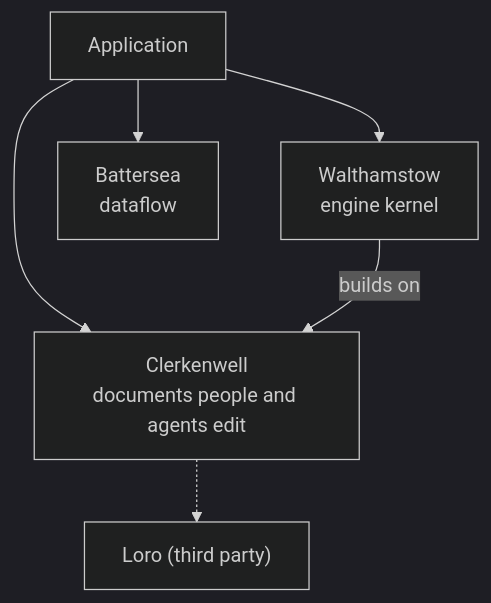
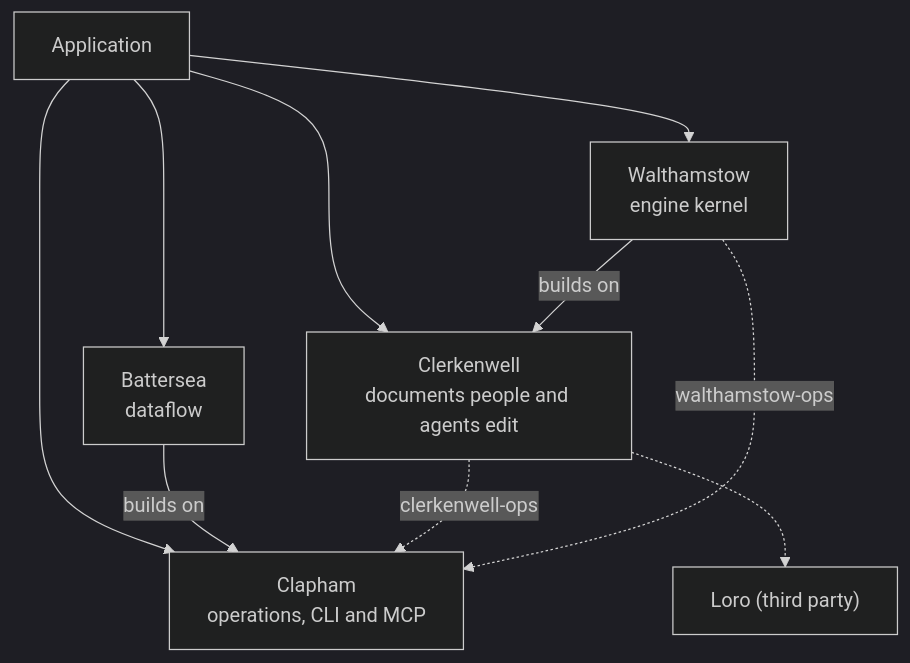
One commit to thirtytwobits/london changed the diagram in docs/overview.md. Above: the diagram before and after it, drawn with Mermaid (dark theme). The commit also changed other lines of this file and 4 other files, not shown here.

````diff
--- a/docs/overview.md
+++ b/docs/overview.md
@@ -18,8 +18,12 @@
 ```mermaid
 flowchart TD
     app["Application"] --> walthamstow["Walthamstow<br/>engine kernel"]
     app --> clerkenwell["Clerkenwell<br/>documents people and agents edit"]
     app --> battersea["Battersea<br/>dataflow"]
+    app --> clapham["Clapham<br/>operations, CLI and MCP"]
     walthamstow -- builds on --> clerkenwell
+    battersea -- builds on --> clapham
+    clerkenwell -.->|clerkenwell-ops| clapham
+    walthamstow -.->|walthamstow-ops| clapham
     clerkenwell -.-> loro["Loro (third party)"]
 ```
````
